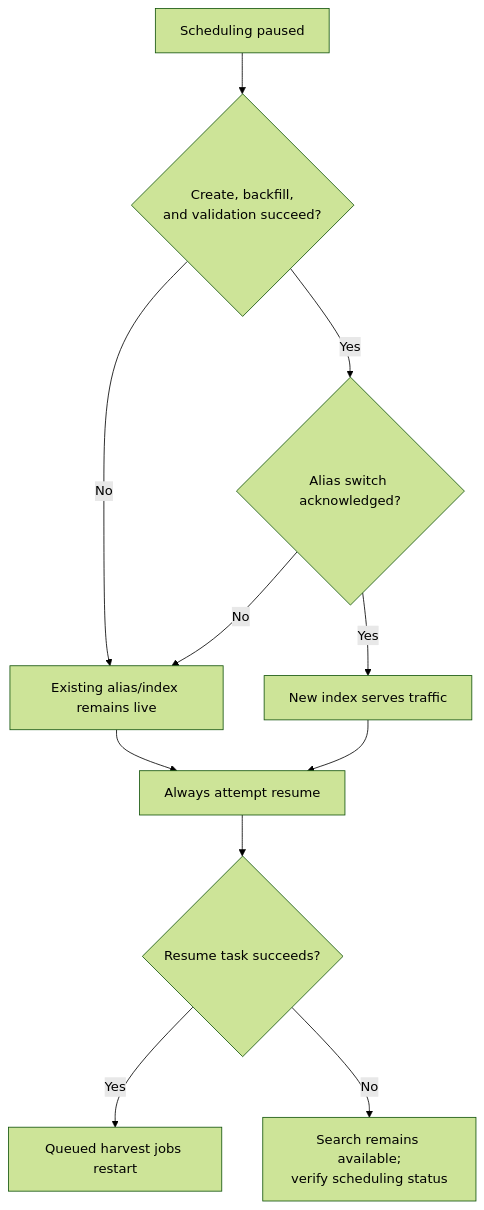
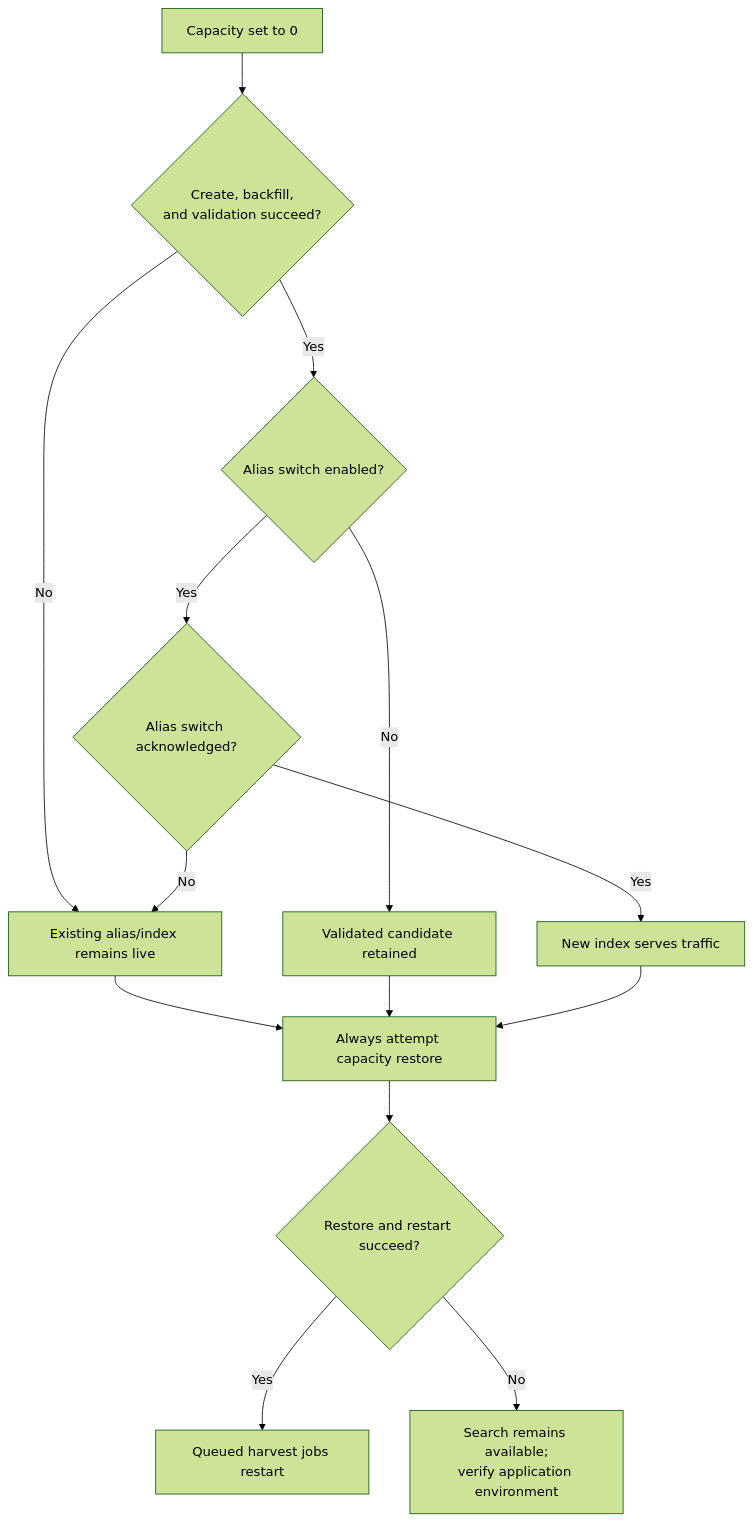
Before and after one commit to GSA/datagov-harvester: the fourth of 4 diagrams in docs/opensearch-index-rebuild.md, drawn with Mermaid (forest theme). The commit also changed other lines of this file and 20 other files, not shown here.

````diff
--- a/docs/opensearch-index-rebuild.md
+++ b/docs/opensearch-index-rebuild.md
@@ -210,13 +257,16 @@
 ```mermaid
 flowchart TD
-    Start[Scheduling paused] --> Build{Create, backfill,<br>and validation succeed?}
+    Start[Capacity set to 0] --> Build{Create, backfill,<br>and validation succeed?}
     Build -- No --> Old[Existing alias/index remains live]
-    Build -- Yes --> Flip{Alias switch acknowledged?}
+    Build -- Yes --> Switch{Alias switch enabled?}
+    Switch -- No --> Candidate[Validated candidate retained]
+    Switch -- Yes --> Flip{Alias switch acknowledged?}
     Flip -- No --> Old
     Flip -- Yes --> New[New index serves traffic]
-    Old --> Finally[Always attempt resume]
+    Old --> Finally[Always attempt capacity restore]
+    Candidate --> Finally
     New --> Finally
-    Finally --> Resume{Resume task succeeds?}
+    Finally --> Resume{Restore and restart succeed?}
     Resume -- Yes --> Running[Queued harvest jobs restart]
-    Resume -- No --> Safe[Search remains available;<br>verify scheduling status]
+    Resume -- No --> Safe[Search remains available;<br>verify application environment]
 ```
````
